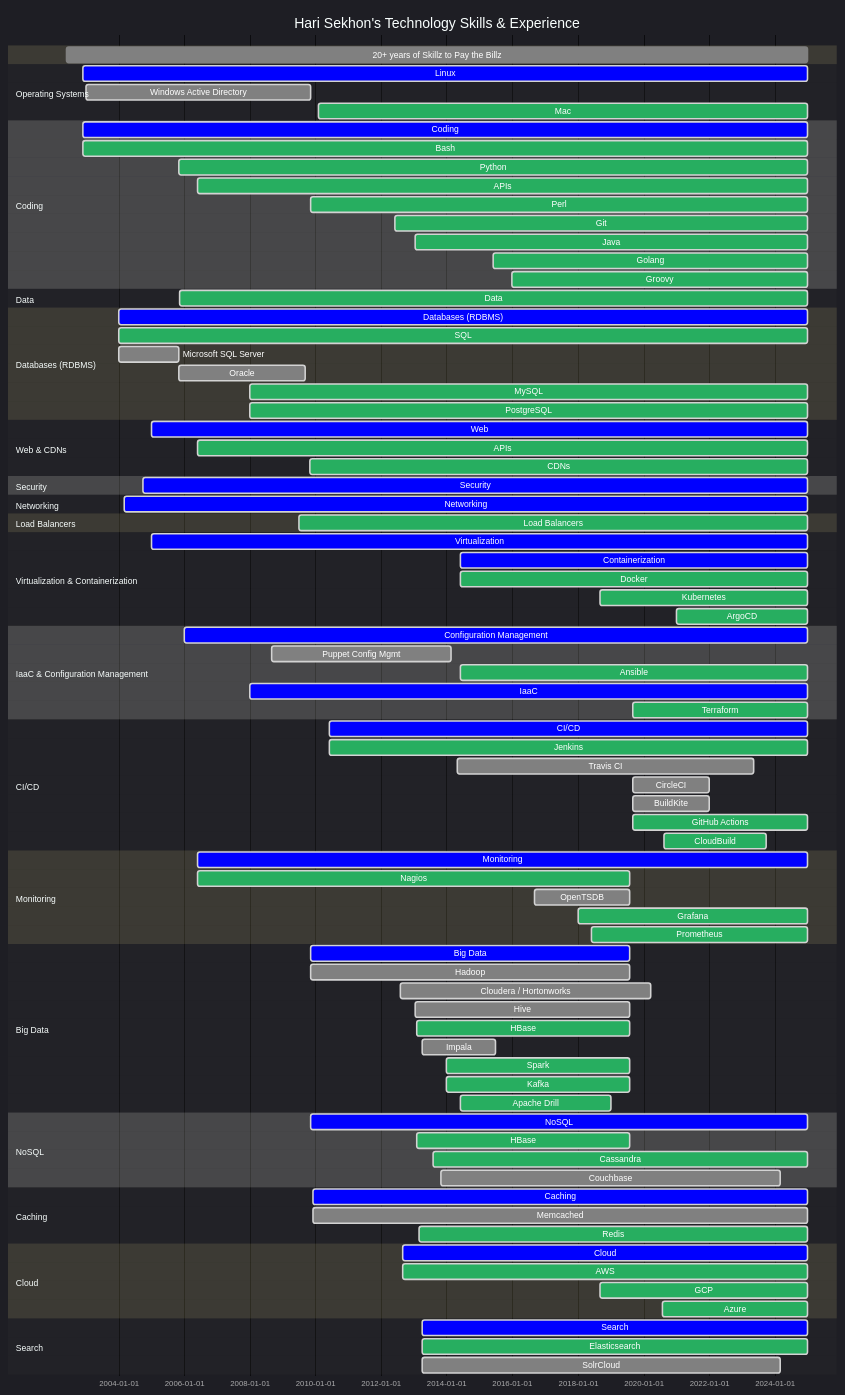
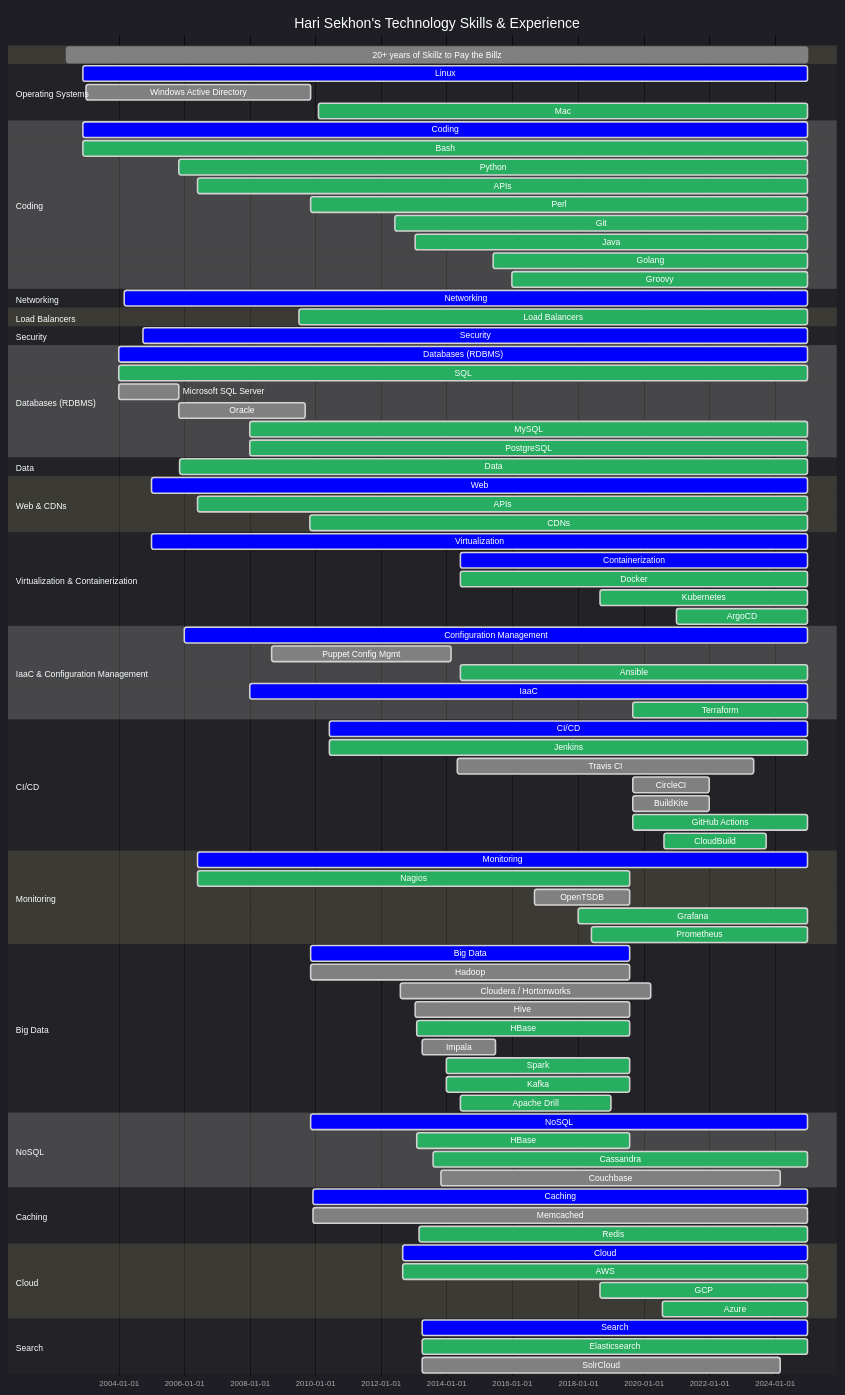
One commit to HariSekhon/HariSekhon changed the diagram in README.md. Above: the diagram before and after it, drawn with Mermaid. The commit also changed other lines of this file, not shown here.

```diff
--- a/README.md
+++ b/README.md
@@ -349,32 +349,6 @@
     %%Git                    : active, 2012-06-01, 2024-12-31
     %%GitHub                 : active, 2012-12-31, 2024-12-31
 
-    section Data
-    Data                   : active, 2005-11-11, 2024-12-31
-    %%Data Validation        : done, 2006-06-01, 2024-12-31
-    %%Data Science           : done, 2013-01-18, 2024-12-31
-
-    section Databases (RDBMS)
-    Databases (RDBMS)      : crit, 2004-01-01, 2024-12-31
-    SQL                    : active, 2004-01-01, 2024-12-31
-    Microsoft SQL Server   : done, 2004-01-01, 2005-10-31
-    Oracle                 : done, 2005-11-01, 2009-09-10
-    MySQL                  : active, 2008-01-01, 2024-12-31
-    PostgreSQL             : active, 2008-01-01, 2024-12-31
-
-    section Web & CDNs
-    Web                    : crit, 2005-01-01, 2024-12-31
-    APIs                   : active, 2006-06-01, 2024-12-31
-    CDNs                   : active, 2009-11-01, 2024-12-31
-    %%UlraDNS                : done, 2009-11-01, 2012-06-31
-    %%Cotendo                : done, 2012-06-01, 2013-01-13
-    %%Cloudflare             : active, 2020-08-20, 2024-12-31
-
-    section Security
-    Security               : crit, 2004-10-01, 2024-12-31
-    %%Kerberos               : active, 2006-06-01, 2024-12-31
-    %%LDAP                   : active, 2006-06-01, 2024-12-31
-
     section Networking
     Networking             : crit, 2004-03-01, 2024-12-31
     %%VPNs                   : active, 2006-06-01, 2024-12-31
@@ -390,6 +364,32 @@
     %%HAProxy                : active, 2018-04-01, 2024-12-31
     %%Kong                   : active, 2023-03-01, 2024-12-31
     %%Traefik                : active, 2023-03-01, 2024-12-31
+
+    section Security
+    Security               : crit, 2004-10-01, 2024-12-31
+    %%Kerberos               : active, 2006-06-01, 2024-12-31
+    %%LDAP                   : active, 2006-06-01, 2024-12-31
+
+    section Databases (RDBMS)
+    Databases (RDBMS)      : crit, 2004-01-01, 2024-12-31
+    SQL                    : active, 2004-01-01, 2024-12-31
+    Microsoft SQL Server   : done, 2004-01-01, 2005-10-31
+    Oracle                 : done, 2005-11-01, 2009-09-10
+    MySQL                  : active, 2008-01-01, 2024-12-31
+    PostgreSQL             : active, 2008-01-01, 2024-12-31
+
+    section Data
+    Data                   : active, 2005-11-11, 2024-12-31
+    %%Data Validation        : done, 2006-06-01, 2024-12-31
+    %%Data Science           : done, 2013-01-18, 2024-12-31
+
+    section Web & CDNs
+    Web                    : crit, 2005-01-01, 2024-12-31
+    APIs                   : active, 2006-06-01, 2024-12-31
+    CDNs                   : active, 2009-11-01, 2024-12-31
+    %%UlraDNS                : done, 2009-11-01, 2012-06-31
+    %%Cotendo                : done, 2012-06-01, 2013-01-13
+    %%Cloudflare             : active, 2020-08-20, 2024-12-31
 
     section Virtualization & Containerization
     Virtualization         : crit, 2005-01-01, 2024-12-31
```
